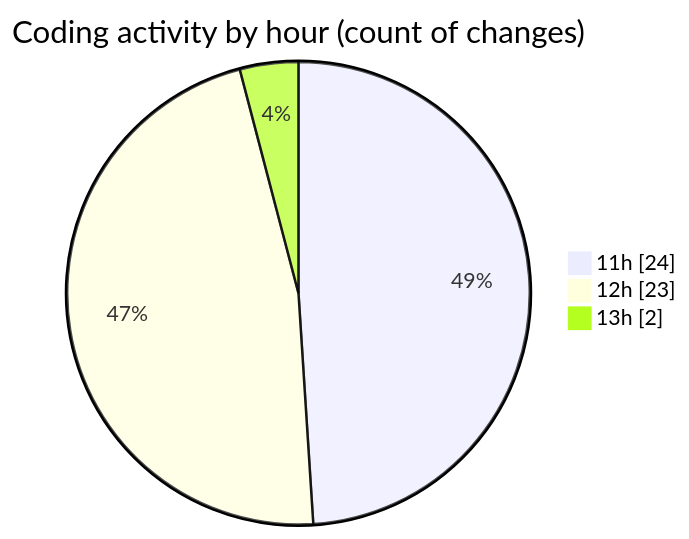
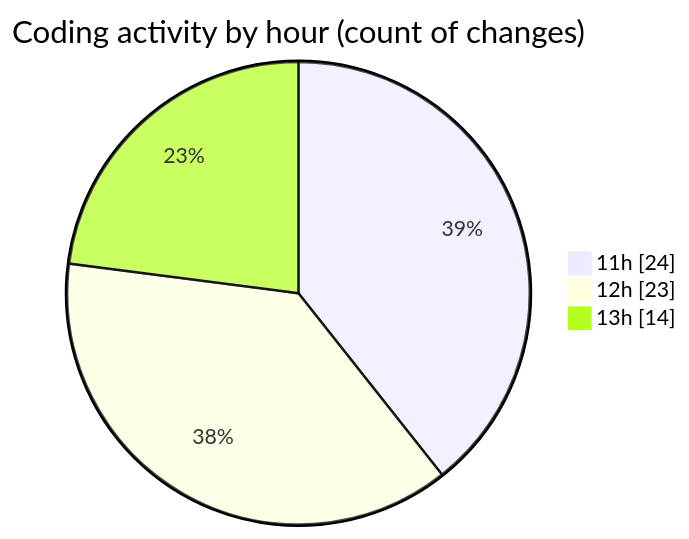
One commit to nxtqubesakshisongat/code-tracking changed the second of 2 diagrams in 2025-09-18/nxtqube_webapp/README.md. Above: the diagram before and after it, drawn with Mermaid. The commit also changed other lines of this file and 1 other file, not shown here.

````diff
--- a/2025-09-18/nxtqube_webapp/README.md
+++ b/2025-09-18/nxtqube_webapp/README.md
@@ -36,7 +40,7 @@
 ```mermaid
 pie showData
 title Coding activity by hour (count of changes)
 "11h" : 24
 "12h" : 23
-"13h" : 2
+"13h" : 14
 ```
````
